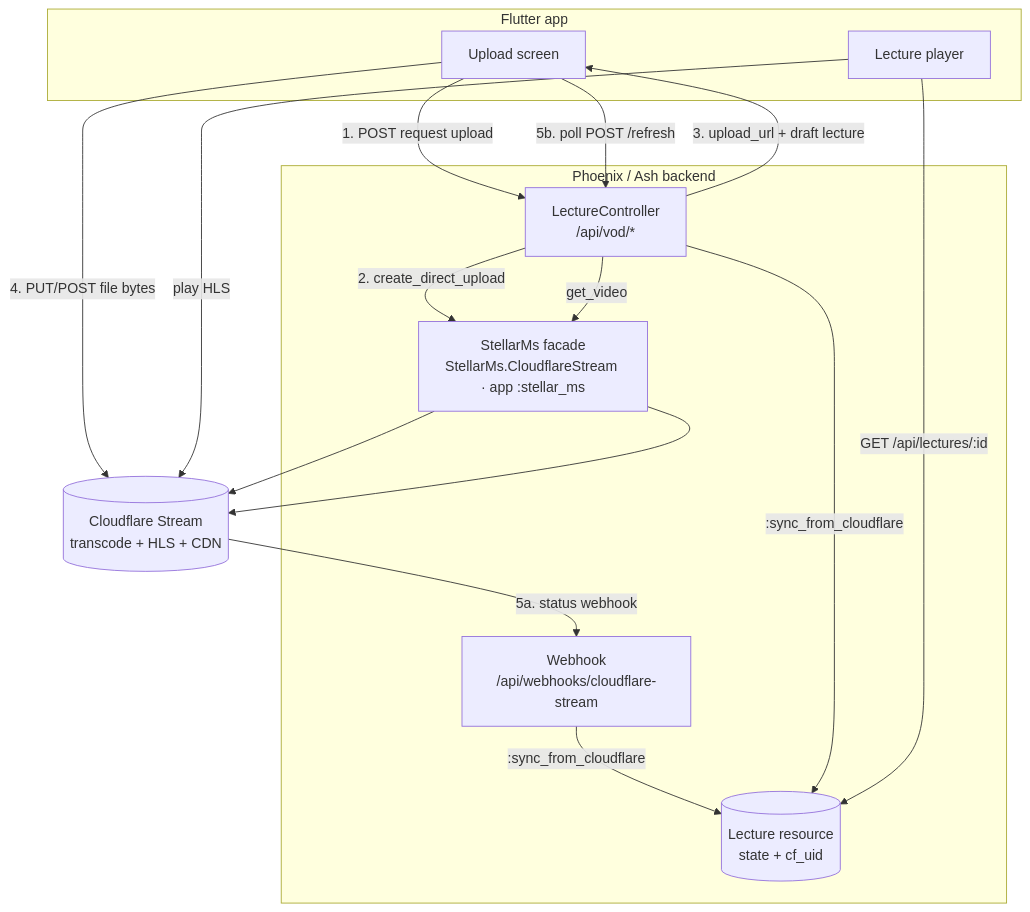
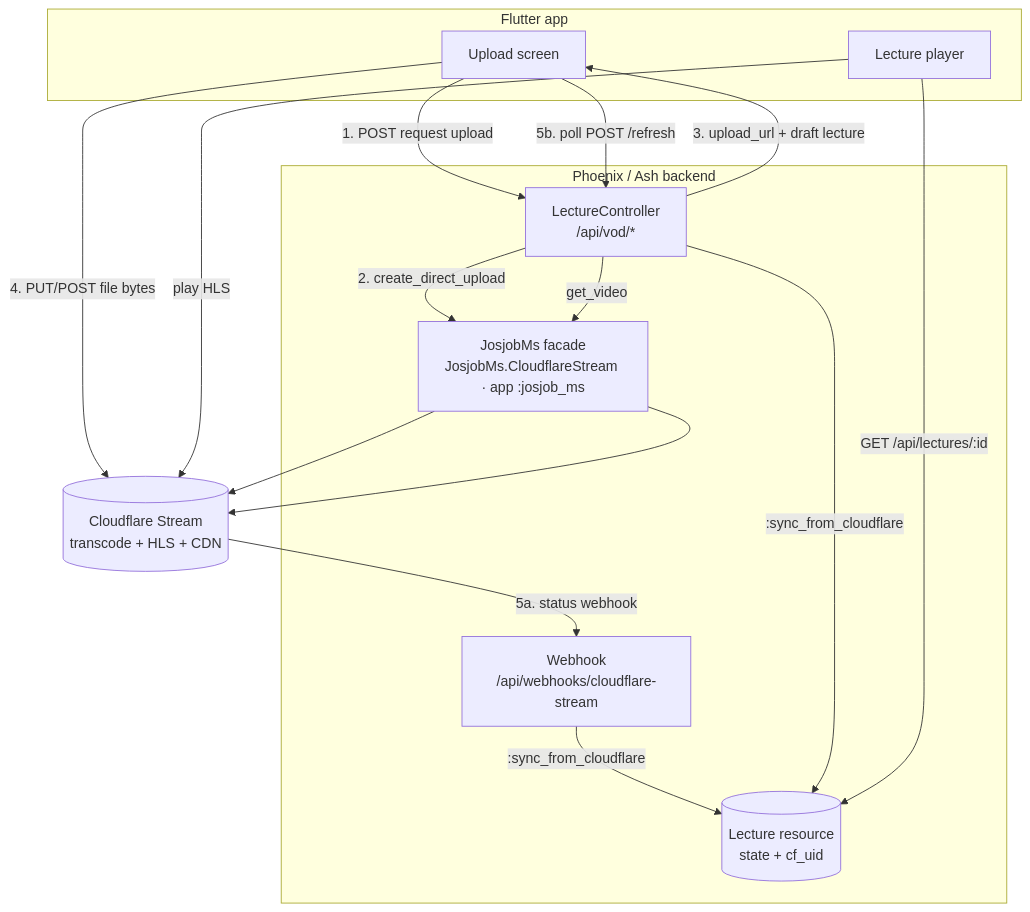
The first of 3 diagrams in docs/enhancement/media_streaming_vod_integration.md (ZygmaCore/JosJob), drawn with Mermaid before and after one commit. The commit also changed other lines of this file and 1263 other files, not shown here.

````diff
--- a/docs/enhancement/media_streaming_vod_integration.md
+++ b/docs/enhancement/media_streaming_vod_integration.md
@@ -37,25 +37,25 @@
 ```mermaid
 graph TD
     subgraph Client [Flutter app]
         UP[Upload screen] 
         PL[Lecture player]
     end
     subgraph BE [Phoenix / Ash backend]
         LC[LectureController<br/>/api/vod/*]
-        CS[StellarMs facade<br/>StellarMs.CloudflareStream · app :stellar_ms]
+        CS[JosjobMs facade<br/>JosjobMs.CloudflareStream · app :josjob_ms]
         LEC[(Lecture resource<br/>state + cf_uid)]
         WH[Webhook<br/>/api/webhooks/cloudflare-stream]
     end
     CF[(Cloudflare Stream<br/>transcode + HLS + CDN)]
 
     UP -->|1. POST request upload| LC
     LC -->|2. create_direct_upload| CS --> CF
     LC -->|3. upload_url + draft lecture| UP
     UP -->|4. PUT/POST file bytes| CF
     CF -->|5a. status webhook| WH
     UP -->|5b. poll POST /refresh| LC
     LC -->|get_video| CS --> CF
     WH & LC -->|:sync_from_cloudflare| LEC
     PL -->|GET /api/lectures/:id| LEC
     PL -->|play HLS| CF
 ```
````
